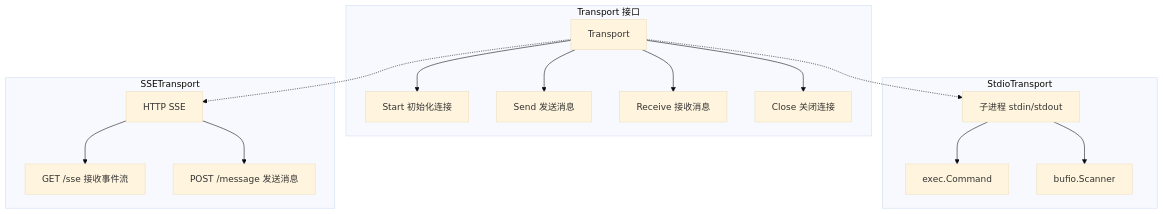
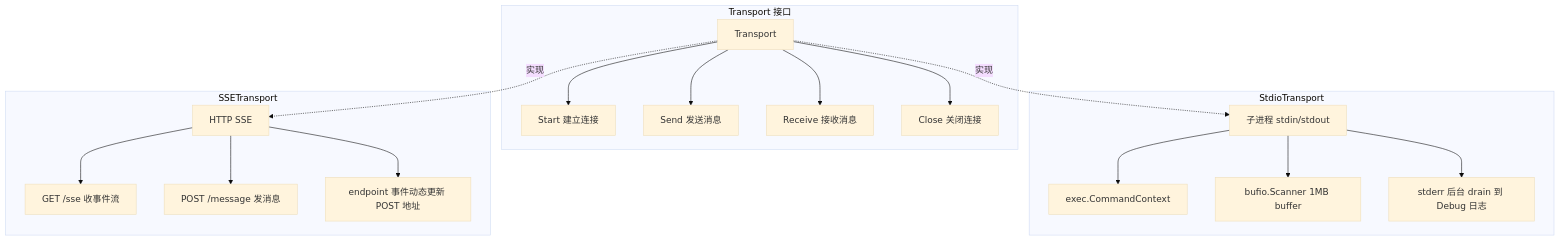
Before and after one commit to Timwood0x10/ARES: the second of 4 diagrams in docs/articles/zh/15-mcp-integration-deep-dive.md, drawn with Mermaid (base theme). The commit also changed other lines of this file and 2423 other files, not shown here.

````diff
--- a/docs/articles/zh/15-mcp-integration-deep-dive.md
+++ b/docs/articles/zh/15-mcp-integration-deep-dive.md
@@ -105,25 +141,27 @@
 ```mermaid
 graph TB
     subgraph "Transport 接口"
         T[Transport]
-        T --> Start[Start 初始化连接]
+        T --> Start[Start 建立连接]
         T --> Send[Send 发送消息]
         T --> Receive[Receive 接收消息]
         T --> Close[Close 关闭连接]
     end
-    
+
     subgraph "StdioTransport"
         STD[子进程 stdin/stdout]
-        STD --> CMD[exec.Command]
-        STD --> SCAN[bufio.Scanner]
+        STD --> CMD[exec.CommandContext]
+        STD --> SCAN[bufio.Scanner 1MB buffer]
+        STD --> ERR[stderr 后台 drain 到 Debug 日志]
     end
-    
+
     subgraph "SSETransport"
         SSE[HTTP SSE]
-        SSE --> GET[GET /sse 接收事件流]
-        SSE --> POST[POST /message 发送消息]
+        SSE --> GET[GET /sse 收事件流]
+        SSE --> POST[POST /message 发消息]
+        SSE --> EP[endpoint 事件动态更新 POST 地址]
     end
-    
-    T -.-> STD
-    T -.-> SSE
+
+    T -.实现.-> STD
+    T -.实现.-> SSE
 ```
````
